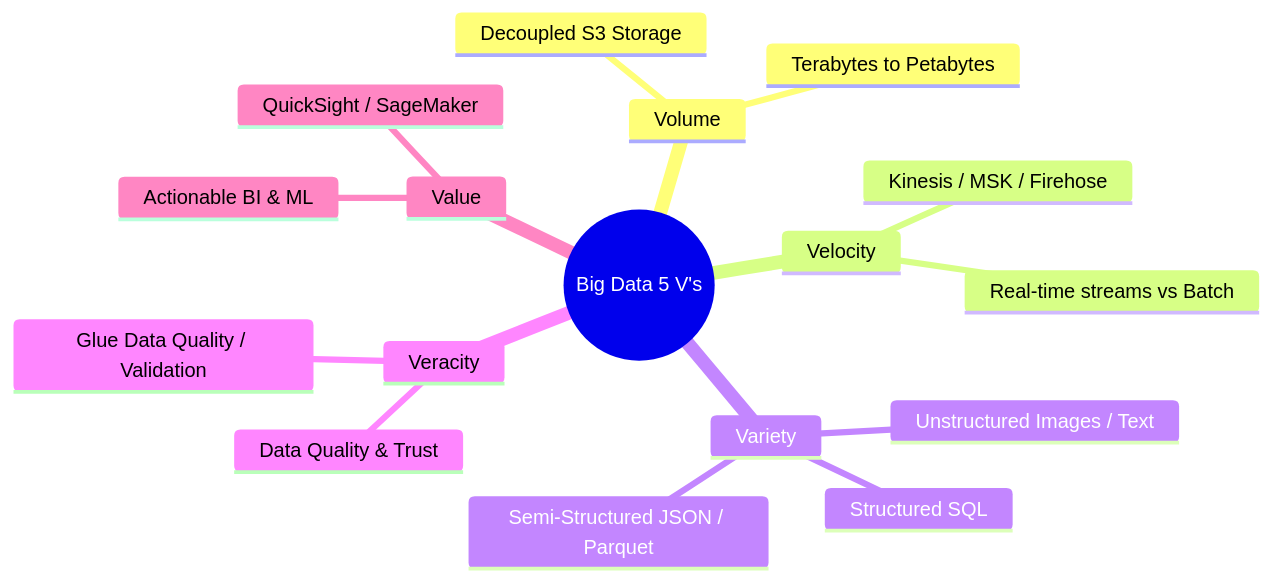
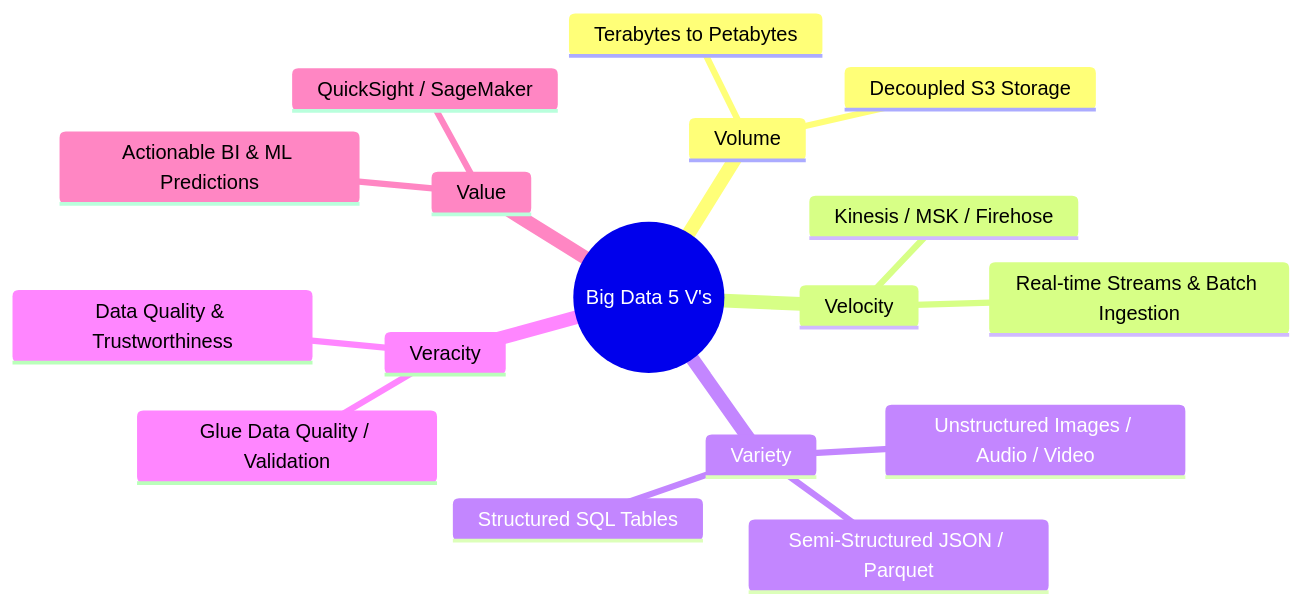
Before and after one commit to Wathon/aws-dea-c01-note: the first of 4 diagrams in content/03-concepts/big-data-fundamentals.md, drawn with Mermaid. The commit also changed other lines of this file and 4 other files, not shown here.

Commit message:
feat(concepts): enrich English notes for 03-concepts with comprehensive architectures, format matrices, partitioning mechanics, and exam tips

````diff
--- a/content/03-concepts/big-data-fundamentals.md
+++ b/content/03-concepts/big-data-fundamentals.md
@@ -22,20 +26,20 @@
 ```mermaid
 mindmap
   root((Big Data 5 V's))
     Volume
       Terabytes to Petabytes
       Decoupled S3 Storage
     Velocity
-      Real-time streams vs Batch
+      Real-time Streams & Batch Ingestion
       Kinesis / MSK / Firehose
     Variety
-      Structured SQL
+      Structured SQL Tables
       Semi-Structured JSON / Parquet
-      Unstructured Images / Text
+      Unstructured Images / Audio / Video
     Veracity
-      Data Quality & Trust
+      Data Quality & Trustworthiness
       Glue Data Quality / Validation
     Value
-      Actionable BI & ML
+      Actionable BI & ML Predictions
       QuickSight / SageMaker
 ```
````
